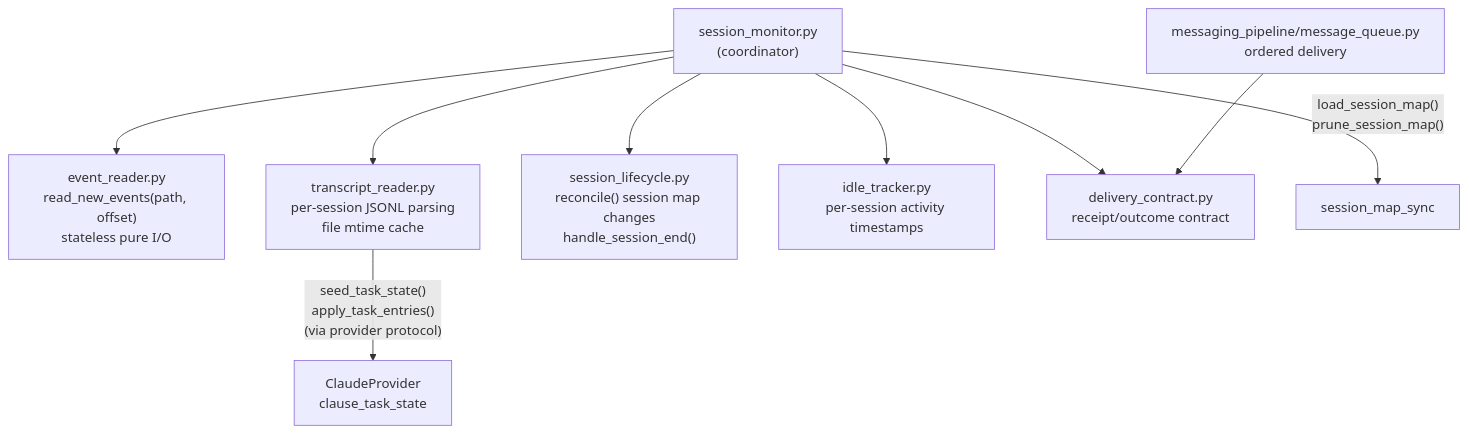
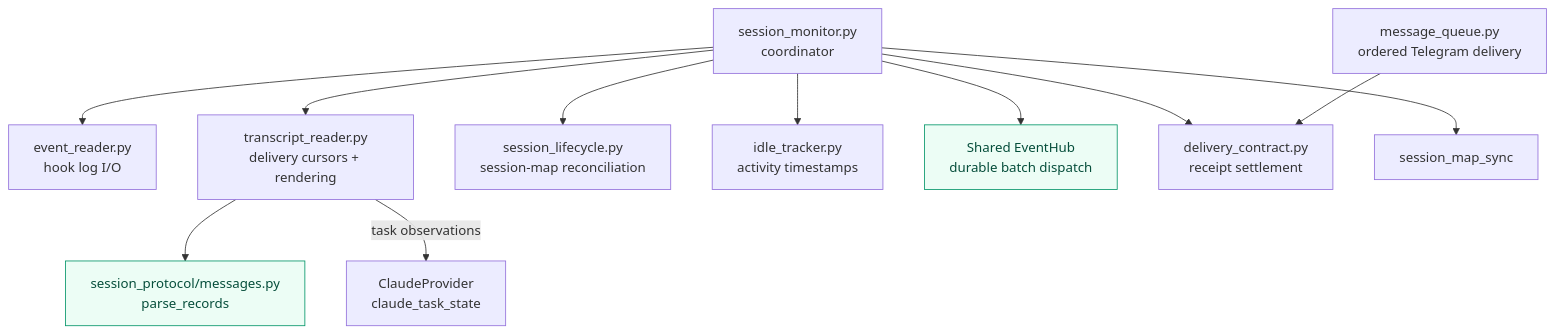
The eighth of 8 diagrams in docs/architecture.md (Exzentttt/ccgram), drawn with Mermaid before and after one commit. The commit also changed other lines of this file and 142 other files, not shown here.

First line of the commit message:
feat(protocol): move Telegram onto the shared session core

````diff
--- a/docs/architecture.md
+++ b/docs/architecture.md
@@ -308,15 +233,15 @@
 ```mermaid
-graph TB
-    SM2["session_monitor.py<br>(coordinator)"]
-
-    SM2 --> ER["event_reader.py<br>read_new_events(path, offset)<br>stateless pure I/O"]
-    SM2 --> TR2["transcript_reader.py<br>per-session JSONL parsing<br>file mtime cache"]
-    SM2 --> SL["session_lifecycle.py<br>reconcile() session map changes<br>handle_session_end()"]
-    SM2 --> IT["idle_tracker.py<br>per-session activity timestamps"]
-    SM2 --> DC["delivery_contract.py<br>receipt/outcome contract"]
-    MQ["messaging_pipeline/message_queue.py<br>ordered delivery"] --> DC
-
-    TR2 -- "seed_task_state()<br>apply_task_entries()<br>(via provider protocol)" --> Claude2["ClaudeProvider<br>clause_task_state"]
-
-    SM2 -- "load_session_map()<br>prune_session_map()" --> SMS2["session_map_sync"]
+flowchart TB
+    SM2["session_monitor.py<br/>coordinator"] --> ER["event_reader.py<br/>hook log I/O"]
+    SM2 --> TR2["transcript_reader.py<br/>delivery cursors + rendering"]
+    SM2 --> SL["session_lifecycle.py<br/>session-map reconciliation"]
+    SM2 --> IT["idle_tracker.py<br/>activity timestamps"]
+    SM2 --> Hub["Shared EventHub<br/>durable batch dispatch"]
+    SM2 --> DC["delivery_contract.py<br/>receipt settlement"]
+    MQ["message_queue.py<br/>ordered Telegram delivery"] --> DC
+    TR2 --> Parts["session_protocol/messages.py<br/>parse_records"]
+    TR2 -->|task observations| Claude2["ClaudeProvider<br/>claude_task_state"]
+    SM2 --> SMS2["session_map_sync"]
+    classDef core fill:#ecfdf5,stroke:#059669,color:#064e3b
+    class Hub,Parts core
 ```
````
